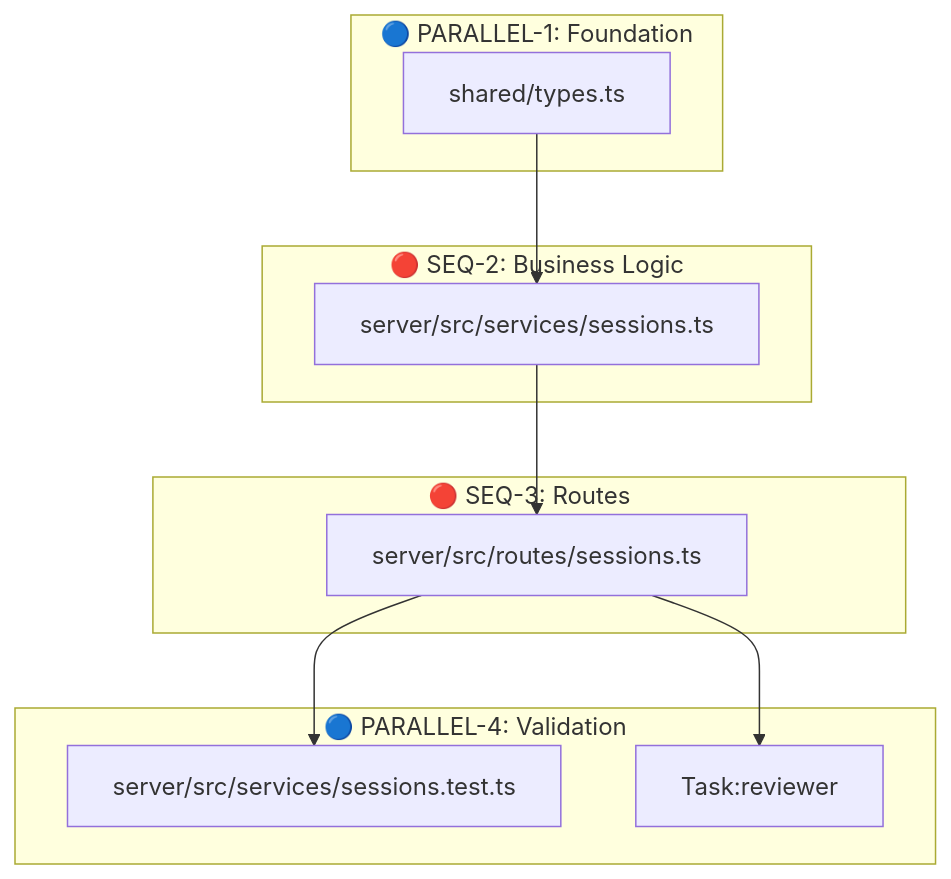
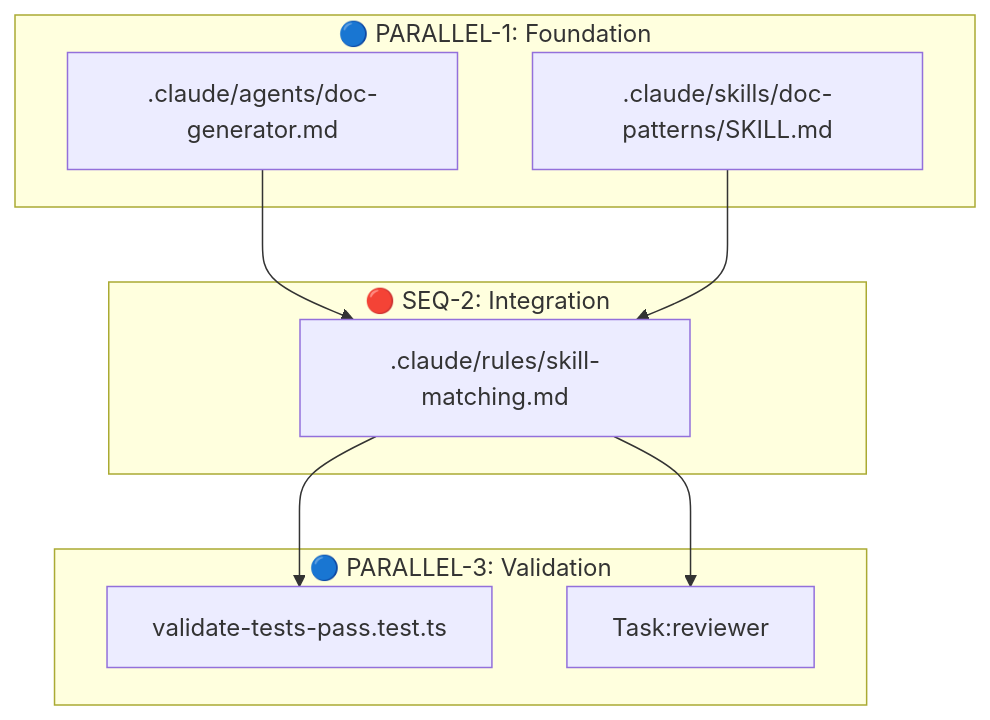
The second of 2 diagrams in .claude/commands/advanced-planner.md (MaciWP/claude-code-poneglyph), drawn with Mermaid before and after one commit. The commit also changed other lines of this file and 41 other files, not shown here.

````diff
--- a/.claude/commands/advanced-planner.md
+++ b/.claude/commands/advanced-planner.md
@@ -284,20 +281,18 @@
 ```mermaid
 graph TD
   subgraph "🔵 PARALLEL-1: Foundation"
-    A[shared/types.ts]
+    A[.claude/agents/doc-generator.md]
+    B[.claude/skills/doc-patterns/SKILL.md]
   end
-  subgraph "🔴 SEQ-2: Business Logic"
-    B[server/src/services/sessions.ts]
+  subgraph "🔴 SEQ-2: Integration"
+    C[.claude/rules/skill-matching.md]
   end
-  subgraph "🔴 SEQ-3: Routes"
-    C[server/src/routes/sessions.ts]
-  end
-  subgraph "🔵 PARALLEL-4: Validation"
-    D[server/src/services/sessions.test.ts]
+  subgraph "🔵 PARALLEL-3: Validation"
+    D[validate-tests-pass.test.ts]
     E[Task:reviewer]
   end
-  A --> B
+  A --> C
   B --> C
   C --> D
   C --> E
 ```
````
